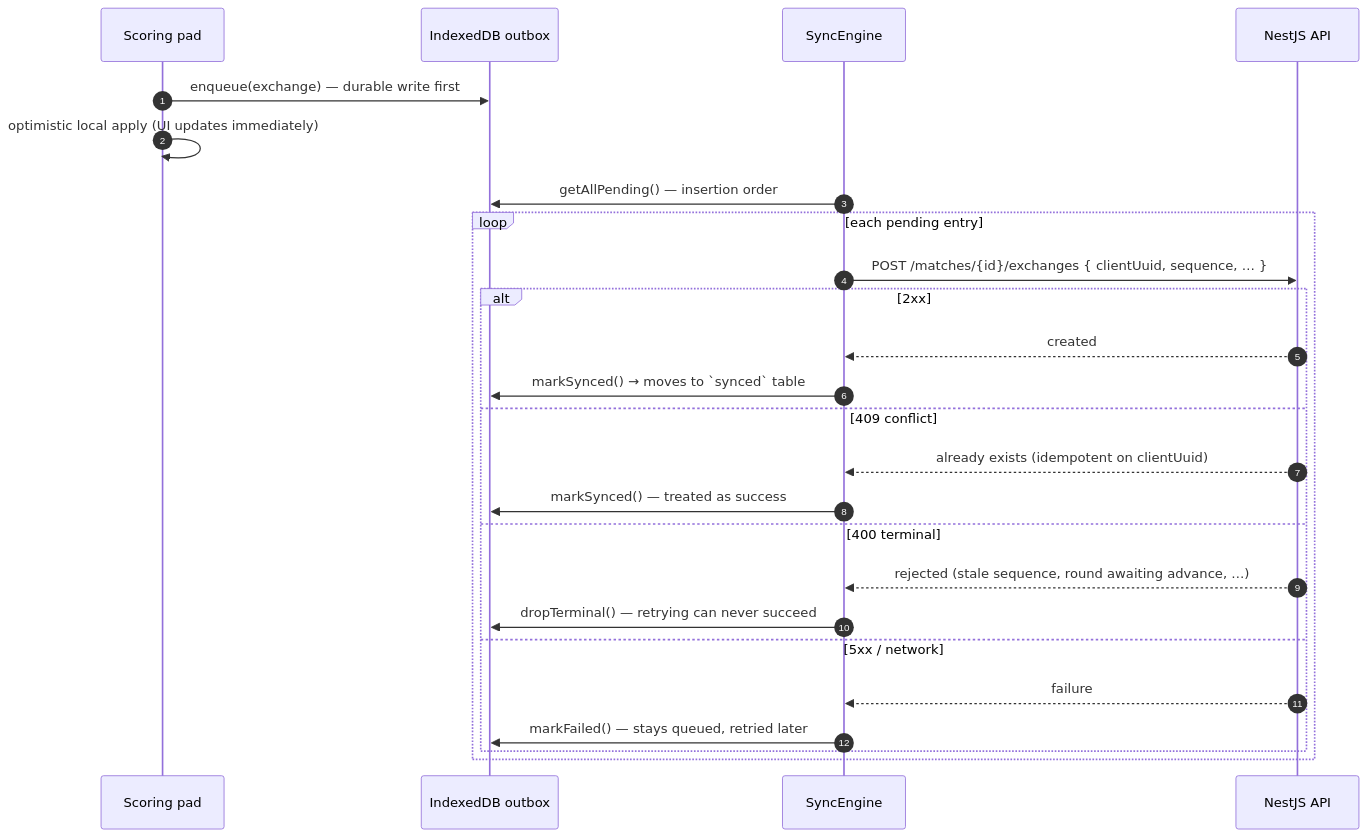
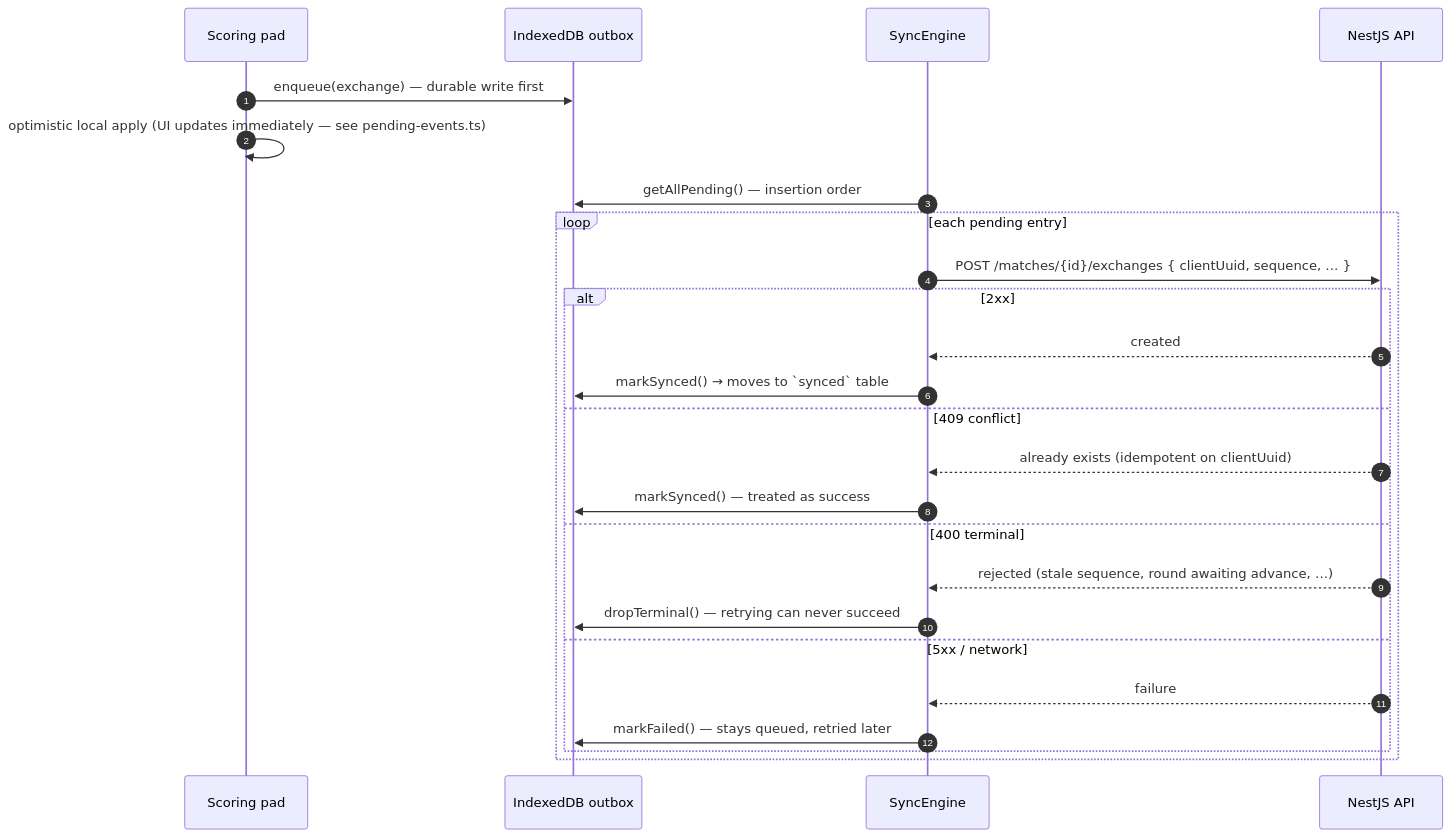
One commit to GrosTony6970/MyClash changed the ninth of 15 diagrams in docs/ARCHITECTURE.md. Above: the diagram before and after it, drawn with Mermaid. The commit also changed other lines of this file and 1 other file, not shown here.

First line of the commit message:
docs: make the authoritative architecture true

````diff
--- a/docs/ARCHITECTURE.md
+++ b/docs/ARCHITECTURE.md
@@ -1143,28 +1168,28 @@
 ```mermaid
 sequenceDiagram
   autonumber
   participant P as Scoring pad
   participant O as IndexedDB outbox
   participant E as SyncEngine
   participant A as NestJS API
 
   P->>O: enqueue(exchange) — durable write first
-  P->>P: optimistic local apply (UI updates immediately)
+  P->>P: optimistic local apply (UI updates immediately — see pending-events.ts)
   E->>O: getAllPending() — insertion order
   loop each pending entry
     E->>A: POST /matches/{id}/exchanges { clientUuid, sequence, … }
     alt 2xx
       A-->>E: created
       E->>O: markSynced() → moves to `synced` table
     else 409 conflict
       A-->>E: already exists (idempotent on clientUuid)
       E->>O: markSynced() — treated as success
     else 400 terminal
       A-->>E: rejected (stale sequence, round awaiting advance, …)
       E->>O: dropTerminal() — retrying can never succeed
     else 5xx / network
       A-->>E: failure
       E->>O: markFailed() — stays queued, retried later
     end
   end
 ```
````
